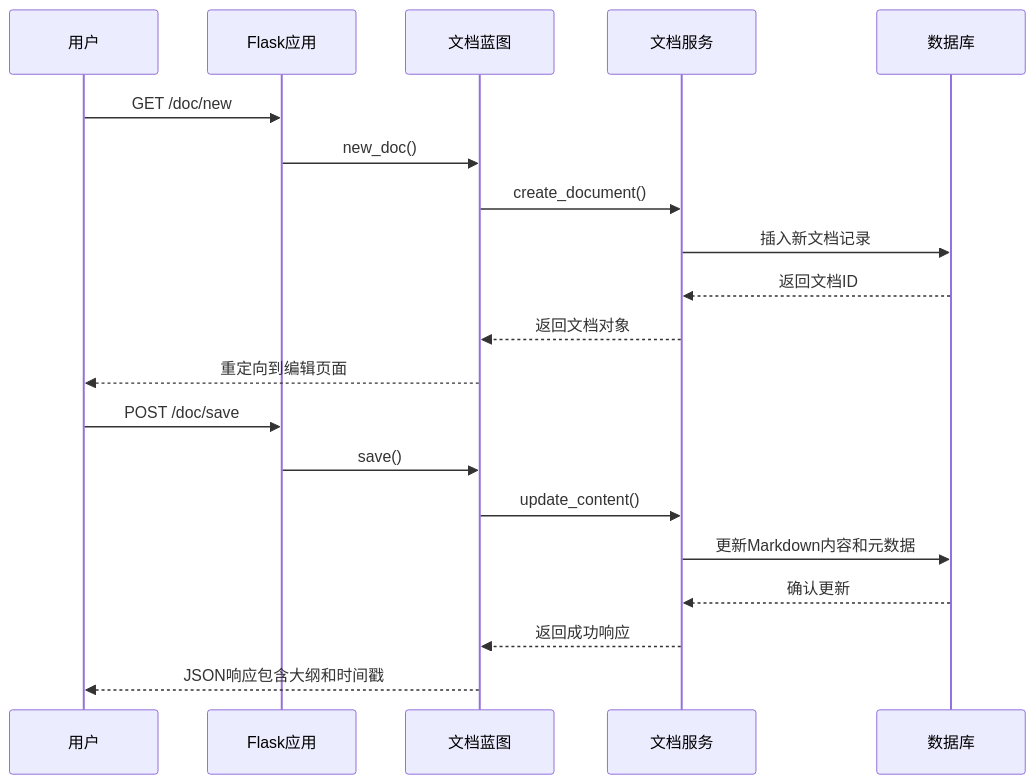
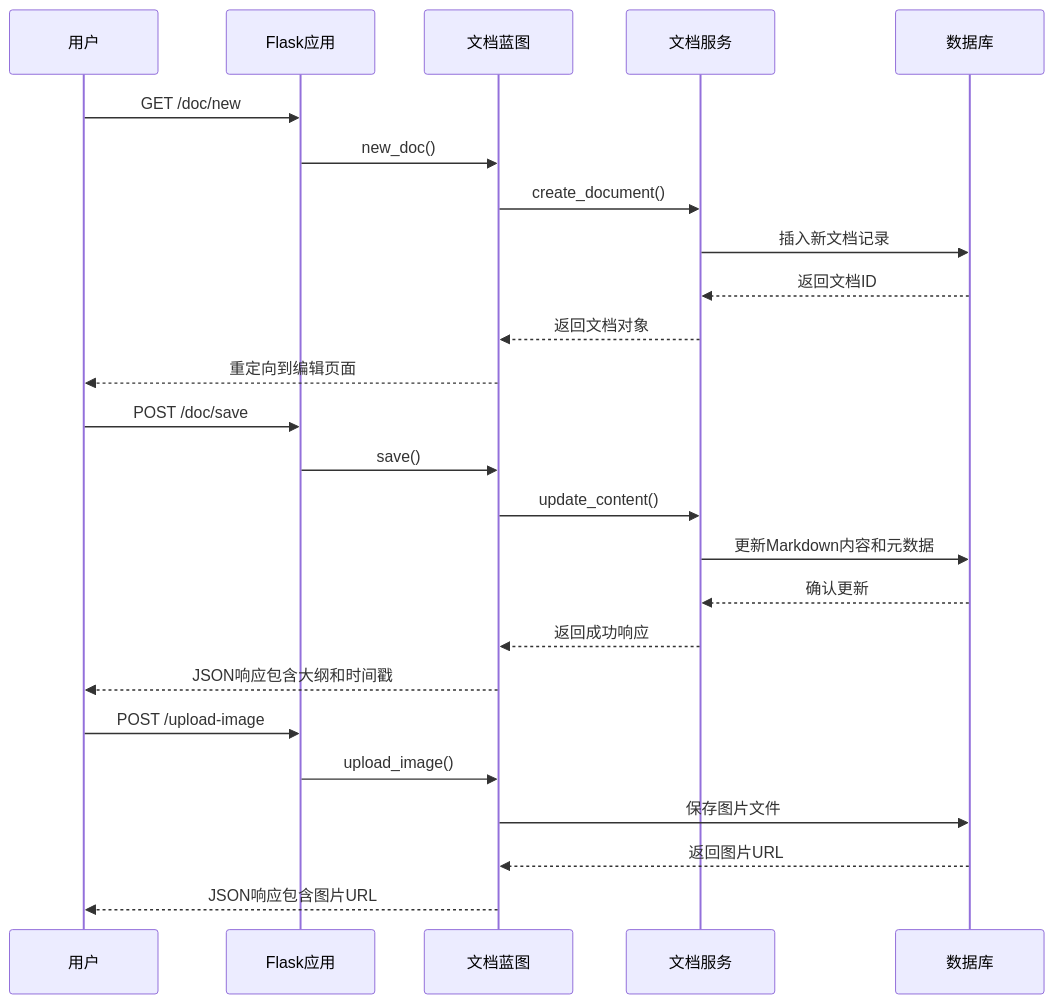
Before and after one commit to beyondalbert/my_wiki: the fifth of 17 diagrams in .qoder/repowiki/zh/content/架构设计/蓝图系统设计/文档蓝图 (Document Blueprint).md, drawn with Mermaid. The commit also changed other lines of this file and 6 other files, not shown here.

````diff
--- a/.qoder/repowiki/zh/content/架构设计/蓝图系统设计/文档蓝图 (Document Blueprint).md
+++ b/.qoder/repowiki/zh/content/架构设计/蓝图系统设计/文档蓝图 (Document Blueprint).md
@@ -242,22 +316,27 @@
 ```mermaid
 sequenceDiagram
 participant U as 用户
 participant A as Flask应用
 participant B as 文档蓝图
 participant S as 文档服务
 participant DB as 数据库
 U->>A : GET /doc/new
 A->>B : new_doc()
 B->>S : create_document()
 S->>DB : 插入新文档记录
 DB-->>S : 返回文档ID
 S-->>B : 返回文档对象
 B-->>U : 重定向到编辑页面
 U->>A : POST /doc/save
 A->>B : save()
 B->>S : update_content()
 S->>DB : 更新Markdown内容和元数据
 DB-->>S : 确认更新
 S-->>B : 返回成功响应
 B-->>U : JSON响应包含大纲和时间戳
+U->>A : POST /upload-image
+A->>B : upload_image()
+B->>DB : 保存图片文件
+DB-->>B : 返回图片URL
+B-->>U : JSON响应包含图片URL
 ```
````
